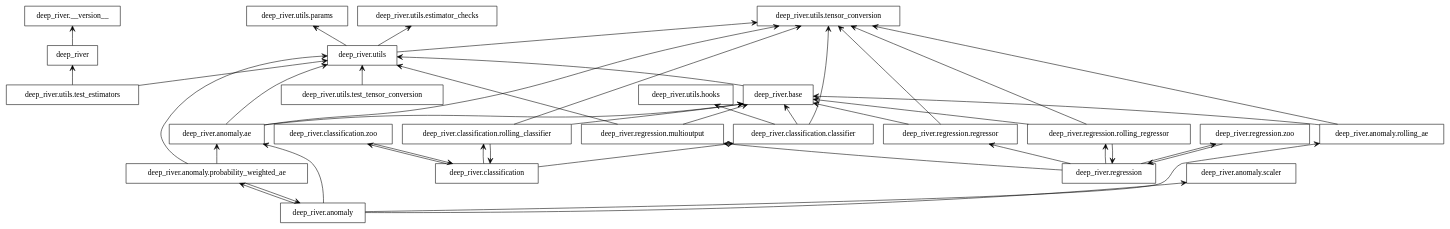
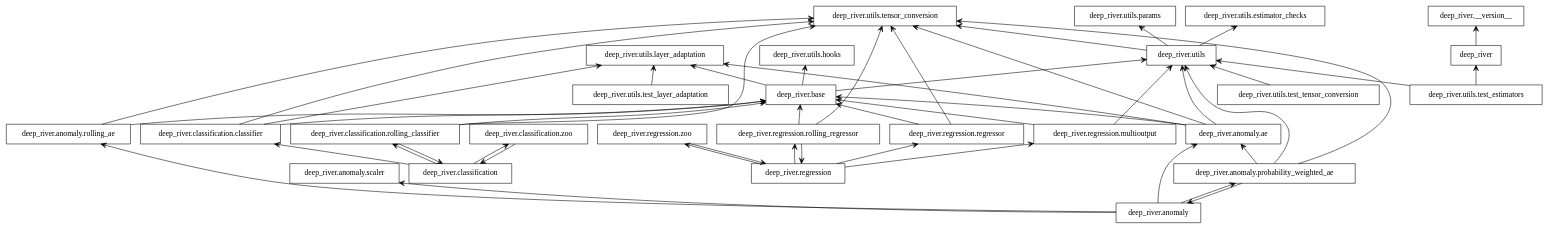
Before and after one commit to online-ml/deep-river: the diagram in paper/packages.dot, drawn with Graphviz. The commit also changed 2 other files, not shown here.

```diff
--- a/paper/packages.dot
+++ b/paper/packages.dot
@@ -1,70 +1,77 @@
 digraph "packages" {
 rankdir=BT
 charset="utf-8"
 "deep_river" [color="black", label=<deep_river>, shape="box", style="solid"];
 "deep_river.__version__" [color="black", label=<deep_river.__version__>, shape="box", style="solid"];
 "deep_river.anomaly" [color="black", label=<deep_river.anomaly>, shape="box", style="solid"];
 "deep_river.anomaly.ae" [color="black", label=<deep_river.anomaly.ae>, shape="box", style="solid"];
 "deep_river.anomaly.probability_weighted_ae" [color="black", label=<deep_river.anomaly.probability_weighted_ae>, shape="box", style="solid"];
 "deep_river.anomaly.rolling_ae" [color="black", label=<deep_river.anomaly.rolling_ae>, shape="box", style="solid"];
 "deep_river.anomaly.scaler" [color="black", label=<deep_river.anomaly.scaler>, shape="box", style="solid"];
 "deep_river.base" [color="black", label=<deep_river.base>, shape="box", style="solid"];
 "deep_river.classification" [color="black", label=<deep_river.classification>, shape="box", style="solid"];
 "deep_river.classification.classifier" [color="black", label=<deep_river.classification.classifier>, shape="box", style="solid"];
 "deep_river.classification.rolling_classifier" [color="black", label=<deep_river.classification.rolling_classifier>, shape="box", style="solid"];
 "deep_river.classification.zoo" [color="black", label=<deep_river.classification.zoo>, shape="box", style="solid"];
 "deep_river.regression" [color="black", label=<deep_river.regression>, shape="box", style="solid"];
 "deep_river.regression.multioutput" [color="black", label=<deep_river.regression.multioutput>, shape="box", style="solid"];
 "deep_river.regression.regressor" [color="black", label=<deep_river.regression.regressor>, shape="box", style="solid"];
 "deep_river.regression.rolling_regressor" [color="black", label=<deep_river.regression.rolling_regressor>, shape="box", style="solid"];
 "deep_river.regression.zoo" [color="black", label=<deep_river.regression.zoo>, shape="box", style="solid"];
 "deep_river.utils" [color="black", label=<deep_river.utils>, shape="box", style="solid"];
 "deep_river.utils.estimator_checks" [color="black", label=<deep_river.utils.estimator_checks>, shape="box", style="solid"];
 "deep_river.utils.hooks" [color="black", label=<deep_river.utils.hooks>, shape="box", style="solid"];
+"deep_river.utils.layer_adaptation" [color="black", label=<deep_river.utils.layer_adaptation>, shape="box", style="solid"];
 "deep_river.utils.params" [color="black", label=<deep_river.utils.params>, shape="box", style="solid"];
 "deep_river.utils.tensor_conversion" [color="black", label=<deep_river.utils.tensor_conversion>, shape="box", style="solid"];
 "deep_river.utils.test_estimators" [color="black", label=<deep_river.utils.test_estimators>, shape="box", style="solid"];
+"deep_river.utils.test_layer_adaptation" [color="black", label=<deep_river.utils.test_layer_adaptation>, shape="box", style="solid"];
 "deep_river.utils.test_tensor_conversion" [color="black", label=<deep_river.utils.test_tensor_conversion>, shape="box", style="solid"];
 "deep_river" -> "deep_river.__version__" [arrowhead="open", arrowtail="none"];
 "deep_river.anomaly" -> "deep_river.anomaly.ae" [arrowhead="open", arrowtail="none"];
 "deep_river.anomaly" -> "deep_river.anomaly.probability_weighted_ae" [arrowhead="open", arrowtail="none"];
 "deep_river.anomaly" -> "deep_river.anomaly.rolling_ae" [arrowhead="open", arrowtail="none"];
 "deep_river.anomaly" -> "deep_river.anomaly.scaler" [arrowhead="open", arrowtail="none"];
 "deep_river.anomaly.ae" -> "deep_river.base" [arrowhead="open", arrowtail="none"];
 "deep_river.anomaly.ae" -> "deep_river.utils" [arrowhead="open", arrowtail="none"];
+"deep_river.anomaly.ae" -> "deep_river.utils.layer_adaptation" [arrowhead="open", arrowtail="none"];
 "deep_river.anomaly.ae" -> "deep_river.utils.tensor_conversion" [arrowhead="open", arrowtail="none"];
 "deep_river.anomaly.probability_weighted_ae" -> "deep_river.anomaly" [arrowhead="open", arrowtail="none"];
 "deep_river.anomaly.probability_weighted_ae" -> "deep_river.anomaly.ae" [arrowhead="open", arrowtail="none"];
 "deep_river.anomaly.probability_weighted_ae" -> "deep_river.utils" [arrowhead="open", arrowtail="none"];
+"deep_river.anomaly.probability_weighted_ae" -> "deep_river.utils.tensor_conversion" [arrowhead="open", arrowtail="none"];
 "deep_river.anomaly.rolling_ae" -> "deep_river.base" [arrowhead="open", arrowtail="none"];
 "deep_river.anomaly.rolling_ae" -> "deep_river.utils.tensor_conversion" [arrowhead="open", arrowtail="none"];
 "deep_river.base" -> "deep_river.utils" [arrowhead="open", arrowtail="none"];
+"deep_river.base" -> "deep_river.utils.hooks" [arrowhead="open", arrowtail="none"];
+"deep_river.base" -> "deep_river.utils.layer_adaptation" [arrowhead="open", arrowtail="none"];
 "deep_river.classification" -> "deep_river.classification.classifier" [arrowhead="open", arrowtail="none"];
 "deep_river.classification" -> "deep_river.classification.rolling_classifier" [arrowhead="open", arrowtail="none"];
 "deep_river.classification" -> "deep_river.classification.zoo" [arrowhead="open", arrowtail="none"];
 "deep_river.classification.classifier" -> "deep_river.base" [arrowhead="open", arrowtail="none"];
-"deep_river.classification.classifier" -> "deep_river.utils.hooks" [arrowhead="open", arrowtail="none"];
+"deep_river.classification.classifier" -> "deep_river.utils.layer_adaptation" [arrowhead="open", arrowtail="none"];
 "deep_river.classification.classifier" -> "deep_river.utils.tensor_conversion" [arrowhead="open", arrowtail="none"];
 "deep_river.classification.rolling_classifier" -> "deep_river.base" [arrowhead="open", arrowtail="none"];
 "deep_river.classification.rolling_classifier" -> "deep_river.classification" [arrowhead="open", arrowtail="none"];
 "deep_river.classification.rolling_classifier" -> "deep_river.utils.tensor_conversion" [arrowhead="open", arrowtail="none"];
 "deep_river.classification.zoo" -> "deep_river.classification" [arrowhead="open", arrowtail="none"];
 "deep_river.regression" -> "deep_river.regression.multioutput" [arrowhead="open", arrowtail="none"];
 "deep_river.regression" -> "deep_river.regression.regressor" [arrowhead="open", arrowtail="none"];
 "deep_river.regression" -> "deep_river.regression.rolling_regressor" [arrowhead="open", arrowtail="none"];
 "deep_river.regression" -> "deep_river.regression.zoo" [arrowhead="open", arrowtail="none"];
 "deep_river.regression.multioutput" -> "deep_river.base" [arrowhead="open", arrowtail="none"];
 "deep_river.regression.multioutput" -> "deep_river.utils" [arrowhead="open", arrowtail="none"];
 "deep_river.regression.regressor" -> "deep_river.base" [arrowhead="open", arrowtail="none"];
 "deep_river.regression.regressor" -> "deep_river.utils.tensor_conversion" [arrowhead="open", arrowtail="none"];
 "deep_river.regression.rolling_regressor" -> "deep_river.base" [arrowhead="open", arrowtail="none"];
 "deep_river.regression.rolling_regressor" -> "deep_river.regression" [arrowhead="open", arrowtail="none"];
 "deep_river.regression.rolling_regressor" -> "deep_river.utils.tensor_conversion" [arrowhead="open", arrowtail="none"];
 "deep_river.regression.zoo" -> "deep_river.regression" [arrowhead="open", arrowtail="none"];
 "deep_river.utils" -> "deep_river.utils.estimator_checks" [arrowhead="open", arrowtail="none"];
 "deep_river.utils" -> "deep_river.utils.params" [arrowhead="open", arrowtail="none"];
 "deep_river.utils" -> "deep_river.utils.tensor_conversion" [arrowhead="open", arrowtail="none"];
 "deep_river.utils.test_estimators" -> "deep_river" [arrowhead="open", arrowtail="none"];
 "deep_river.utils.test_estimators" -> "deep_river.utils" [arrowhead="open", arrowtail="none"];
+"deep_river.utils.test_layer_adaptation" -> "deep_river.utils.layer_adaptation" [arrowhead="open", arrowtail="none"];
 "deep_river.utils.test_tensor_conversion" -> "deep_river.utils" [arrowhead="open", arrowtail="none"];
 }
```
